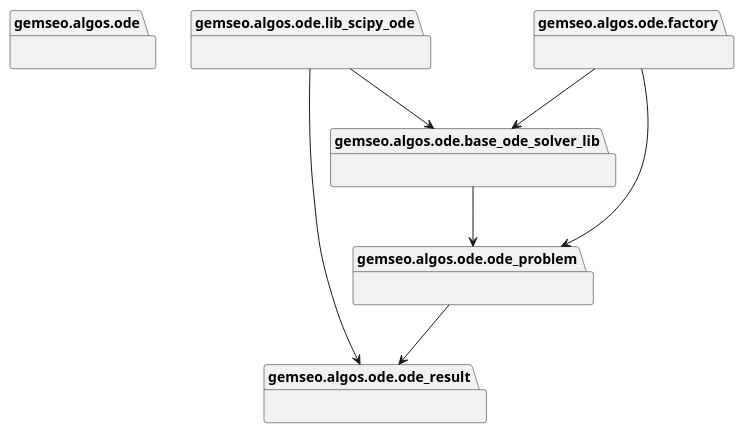
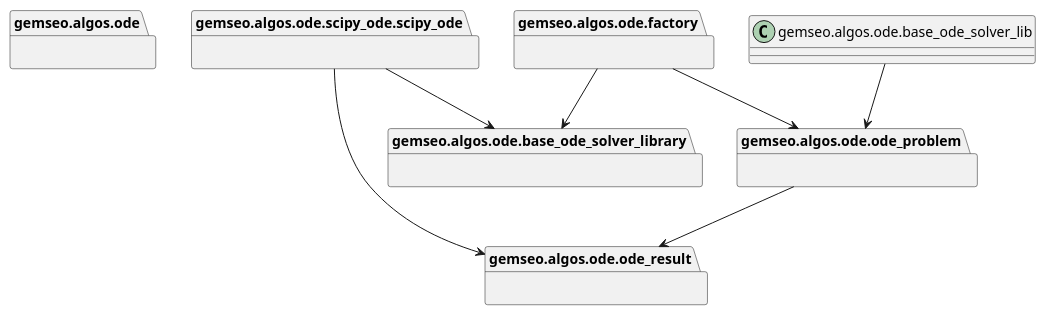
The third of 3 diagrams in doc_src/ode/ode.rst (gemseo/gemseo), drawn with PlantUML before and after one commit. The commit also changed other lines of this file and 267 other files, not shown here.

```diff
--- a/doc_src/ode/ode.rst
+++ b/doc_src/ode/ode.rst
@@ -118,23 +118,23 @@
 .. uml::
 
     @startuml packages
     set namespaceSeparator none
     package "gemseo.algos.ode" as gemseo.algos.ode {
     }
-    package "gemseo.algos.ode.lib_scipy_ode" as gemseo.algos.ode.lib_scipy_ode {
+    package "gemseo.algos.ode.scipy_ode.scipy_ode" as gemseo.algos.ode.scipy_ode.scipy_ode {
     }
     package "gemseo.algos.ode.ode_problem" as gemseo.algos.ode.ode_problem {
     }
     package "gemseo.algos.ode.ode_result" as gemseo.algos.ode.ode_result {
     }
-    package "gemseo.algos.ode.base_ode_solver_lib" as gemseo.algos.ode.base_ode_solver_lib {
+    package "gemseo.algos.ode.base_ode_solver_library" as gemseo.algos.ode.base_ode_solver_library {
     }
     package "gemseo.algos.ode.factory" as gemseo.algos.ode.factory {
     }
-    gemseo.algos.ode.lib_scipy_ode --> gemseo.algos.ode.ode_result
-    gemseo.algos.ode.lib_scipy_ode --> gemseo.algos.ode.base_ode_solver_lib
+    gemseo.algos.ode.scipy_ode.scipy_ode --> gemseo.algos.ode.ode_result
+    gemseo.algos.ode.scipy_ode.scipy_ode --> gemseo.algos.ode.base_ode_solver_library
     gemseo.algos.ode.ode_problem --> gemseo.algos.ode.ode_result
     gemseo.algos.ode.base_ode_solver_lib --> gemseo.algos.ode.ode_problem
     gemseo.algos.ode.factory --> gemseo.algos.ode.ode_problem
-    gemseo.algos.ode.factory --> gemseo.algos.ode.base_ode_solver_lib
+    gemseo.algos.ode.factory --> gemseo.algos.ode.base_ode_solver_library
     @enduml
```
